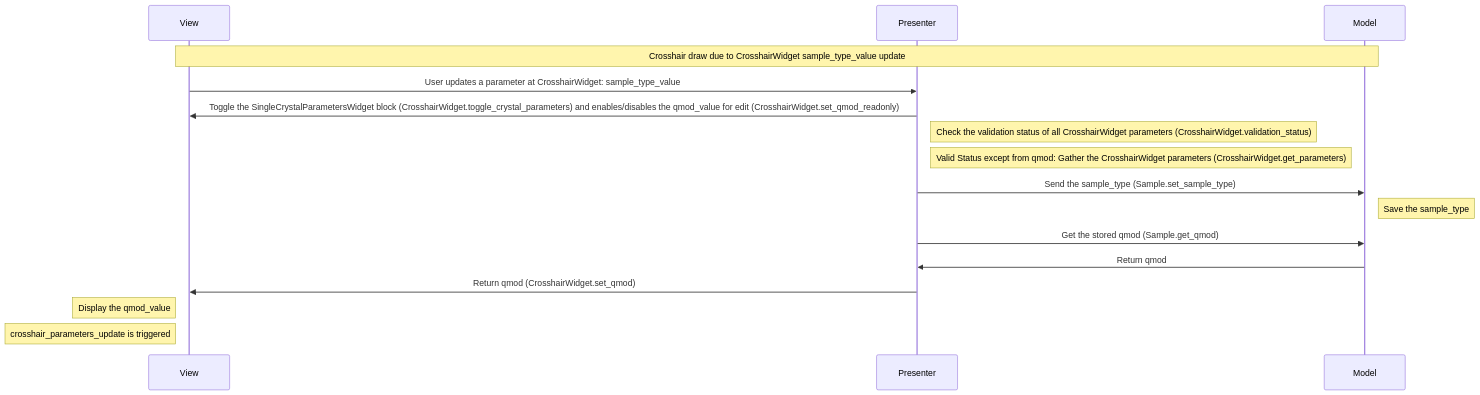
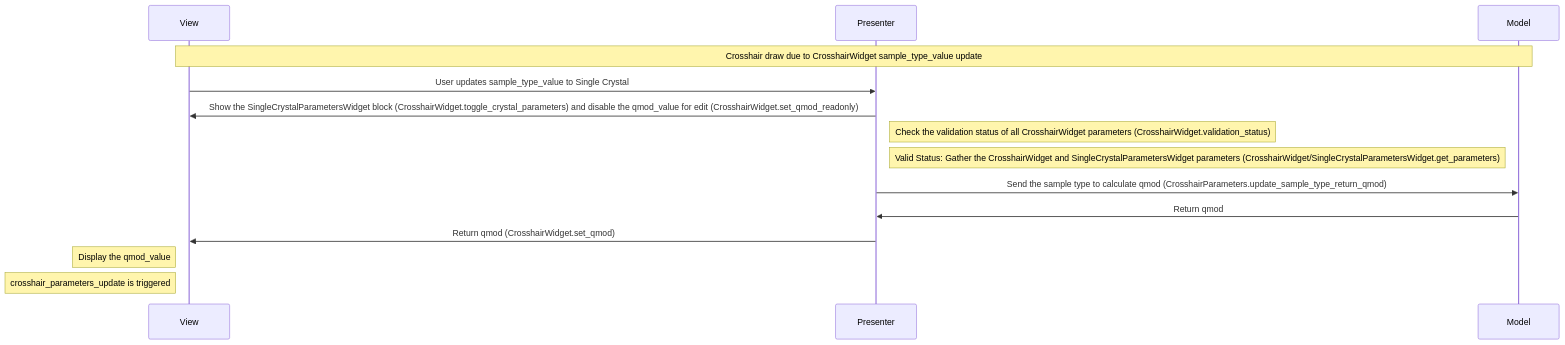
The tenth of 12 diagrams in docs/source/design/hyspecpptclasses.rst (neutrons/hyspecppt), drawn with Mermaid before and after one commit. The commit also changed other lines of this file, not shown here.

```diff
--- a/docs/source/design/hyspecpptclasses.rst
+++ b/docs/source/design/hyspecpptclasses.rst
@@ -586,19 +543,17 @@
-        .. mermaid::
+            .. mermaid::
 
-            sequenceDiagram
-                participant View
-                participant Presenter
-                participant Model
+                sequenceDiagram
+                    participant View
+                    participant Presenter
+                    participant Model
 
-                Note over View,Model: Crosshair draw due to CrosshairWidget sample_type_value update
-                View->>Presenter: User updates a parameter at CrosshairWidget: sample_type_value
-                Presenter->>View: Toggle the SingleCrystalParametersWidget block (CrosshairWidget.toggle_crystal_parameters) and enables/disables the qmod_value for edit (CrosshairWidget.set_qmod_readonly)
-                Note right of Presenter: Check the validation status of all CrosshairWidget parameters (CrosshairWidget.validation_status)
-                Note right of Presenter: Valid Status except from qmod: Gather the CrosshairWidget parameters (CrosshairWidget.get_parameters)
-                Presenter->>Model: Send the sample_type (Sample.set_sample_type)
-                Note right of Model: Save the sample_type
-                Presenter->>Model: Get the stored qmod (Sample.get_qmod)
-                Model->>Presenter: Return qmod
-                Presenter->>View: Return qmod (CrosshairWidget.set_qmod)
-                Note left of View: Display the qmod_value
-                Note left of View: crosshair_parameters_update is triggered
+                    Note over View,Model: Crosshair draw due to CrosshairWidget sample_type_value update
+                    View->>Presenter: User updates sample_type_value to Single Crystal
+                    Presenter->>View: Show the SingleCrystalParametersWidget block (CrosshairWidget.toggle_crystal_parameters) and disable the qmod_value for edit (CrosshairWidget.set_qmod_readonly)
+                    Note right of Presenter: Check the validation status of all CrosshairWidget parameters (CrosshairWidget.validation_status)
+                    Note right of Presenter: Valid Status: Gather the CrosshairWidget and SingleCrystalParametersWidget parameters (CrosshairWidget/SingleCrystalParametersWidget.get_parameters)
+                    Presenter->>Model: Send the sample type to calculate qmod (CrosshairParameters.update_sample_type_return_qmod)
+                    Model->>Presenter: Return qmod
+                    Presenter->>View: Return qmod (CrosshairWidget.set_qmod)
+                    Note left of View: Display the qmod_value
+                    Note left of View: crosshair_parameters_update is triggered
```
